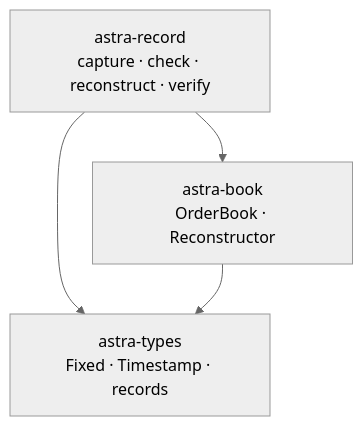
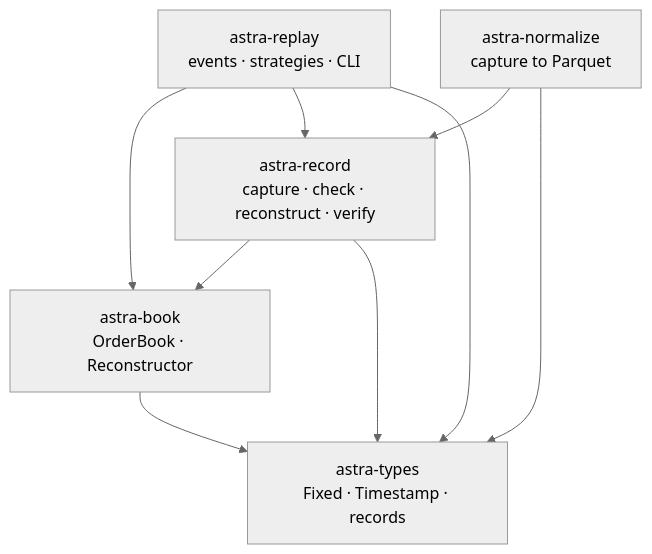
Before and after one commit to VarunGore36/AstralProject: the second of 6 diagrams in README.md, drawn with Mermaid (neutral theme). The commit also changed other lines of this file and 1 other file, not shown here.

Commit message:
Sync docs: five crates, replay/normalizer states, three venues

````diff
--- a/README.md
+++ b/README.md
@@ -138,9 +139,16 @@
 ```mermaid
 flowchart TD
+    RP[astra-replay<br/>events · strategies · CLI]
+    NZ[astra-normalize<br/>capture to Parquet]
     RC[astra-record<br/>capture · check · reconstruct · verify]
     BK[astra-book<br/>OrderBook · Reconstructor]
     RT[astra-types<br/>Fixed · Timestamp · records]
+    RP --> BK
+    RP --> RC
+    RP --> RT
+    NZ --> RC
+    NZ --> RT
     RC --> BK
     RC --> RT
     BK --> RT
 ```
````
